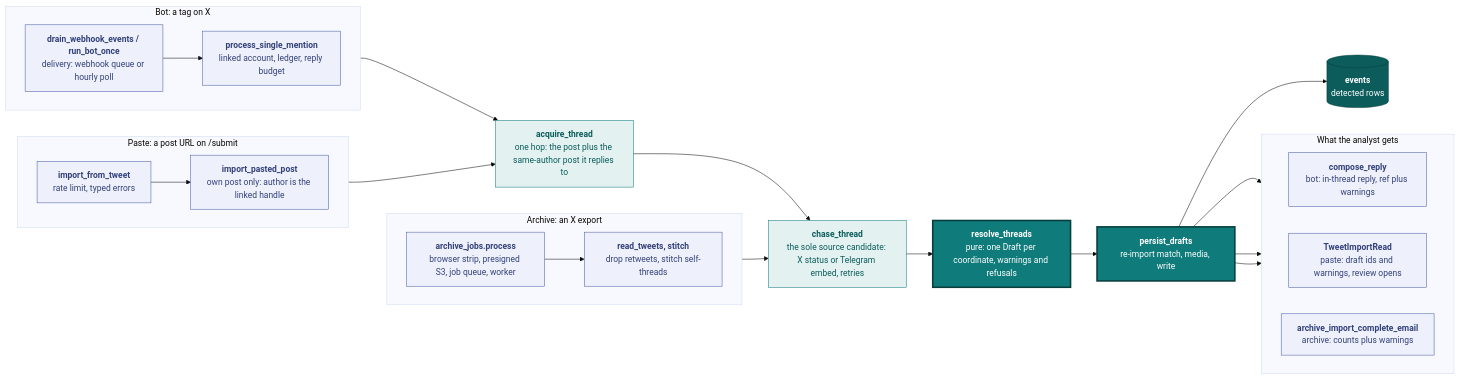
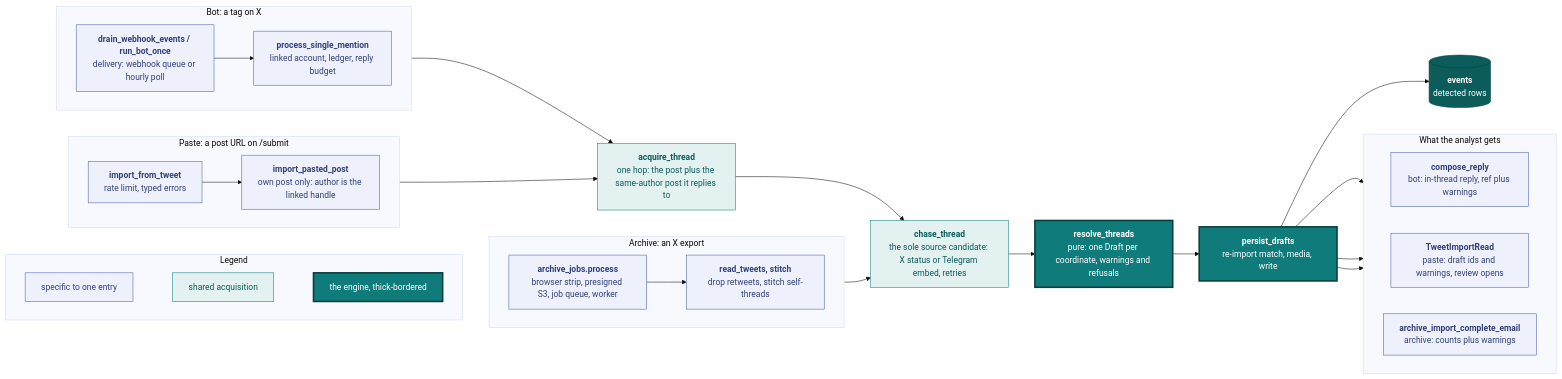
Before and after one commit to vidithq/vidit: the first of 5 diagrams in docs/ingestion.md, drawn with Mermaid (base theme). The commit also changed other lines of this file and 2 other files, not shown here.

First line of the commit message:
docs(ingestion): diagram-first, prose explains the diagrams

````diff
--- a/docs/ingestion.md
+++ b/docs/ingestion.md
@@ -5,55 +5,63 @@
 ```mermaid
 flowchart LR
   classDef spec fill:#eef1fb,stroke:#4a5fa5,color:#33417a
   classDef shared fill:#e3f2f1,stroke:#0f7b7a,color:#0b5c5b
   classDef core fill:#0f7b7a,stroke:#083f3e,stroke-width:3px,color:#ffffff
   classDef store fill:#0b5c5b,stroke:#083f3e,color:#ffffff
+
+  subgraph legend [Legend]
+    direction LR
+    l1["`specific to one entry`"]:::spec
+    l2["`shared acquisition`"]:::shared
+    l3["`the engine, thick-bordered`"]:::core
+    l1 ~~~ l2 ~~~ l3
+  end
 
   subgraph paste [Paste: a post URL on /submit]
     direction LR
     p1["`**import_from_tweet**
     rate limit, typed errors`"]:::spec --> p2["`**import_pasted_post**
     own post only: author is the linked handle`"]:::spec
   end
   subgraph bot [Bot: a tag on X]
     direction LR
     b1["`**drain_webhook_events / run_bot_once**
     delivery: webhook queue or hourly poll`"]:::spec --> b2["`**process_single_mention**
     linked account, ledger, reply budget`"]:::spec
   end
   subgraph archive [Archive: an X export]
     direction LR
     a1["`**archive_jobs.process**
     browser strip, presigned S3, job queue, worker`"]:::spec --> a2["`**read_tweets, stitch**
     drop retweets, stitch self-threads`"]:::spec
   end
 
   hop["`**acquire_thread**
   one hop: the post plus the same-author post it replies to`"]:::shared
   chase["`**chase_thread**
   the sole source candidate: X status or Telegram embed, retries`"]:::shared
   resolve["`**resolve_threads**
   pure: one Draft per coordinate, warnings and refusals`"]:::core
   persist["`**persist_drafts**
   re-import match, media, write`"]:::core
   rows[("`**events**
   detected rows`")]:::store
 
   subgraph feedback [What the analyst gets]
     direction LR
     f1["`**compose_reply**
     bot: in-thread reply, ref plus warnings`"]:::spec
     f2["`**TweetImportRead**
     paste: draft ids and warnings, review opens`"]:::spec
     f3["`**archive_import_complete_email**
     archive: counts plus warnings`"]:::spec
   end
 
   p2 --> hop
   b2 --> hop
   a2 --> chase
   hop --> chase --> resolve --> persist --> rows
   persist --> f1
   persist --> f2
   persist --> f3
 ```
````
